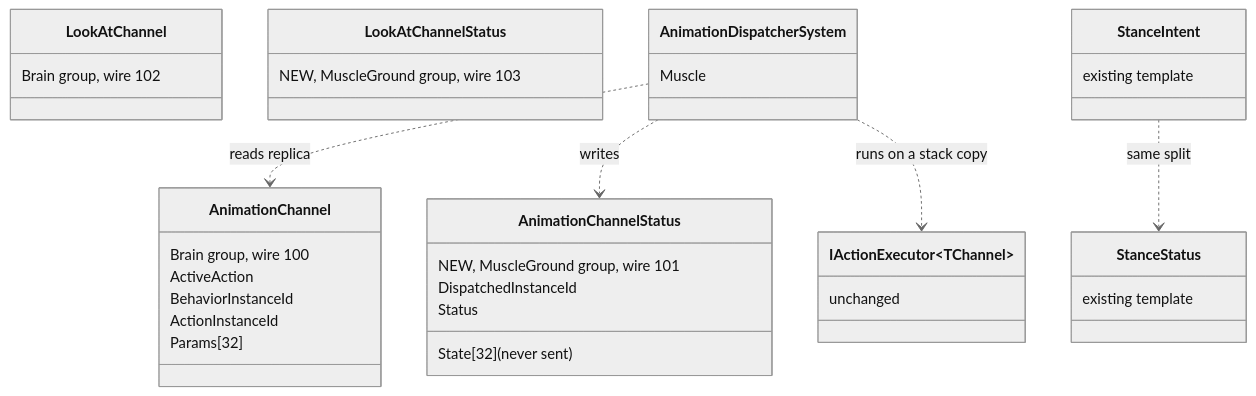
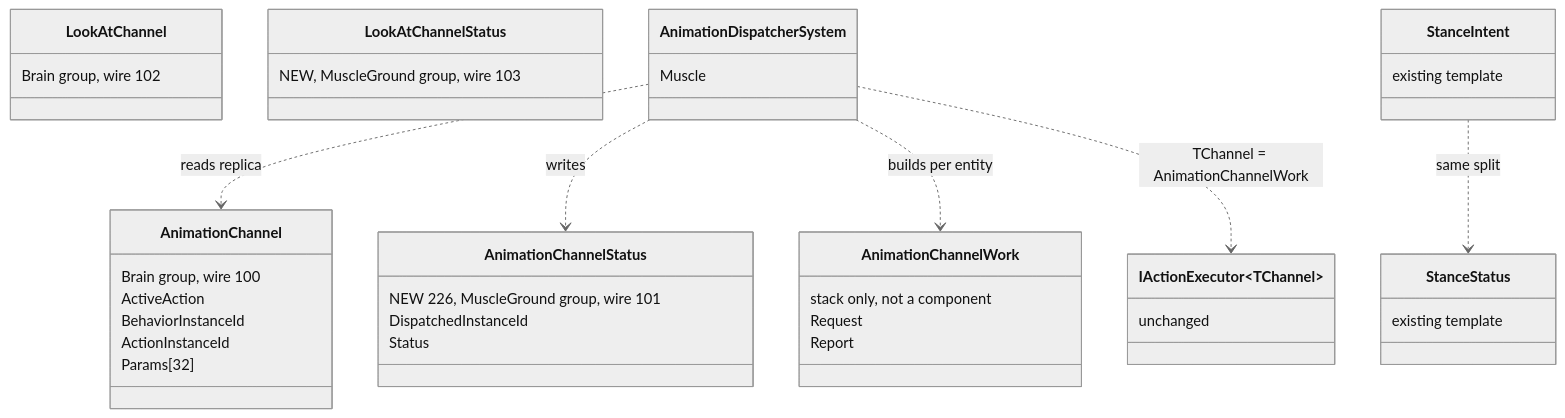
The first of 3 diagrams in docs/blueprints/Architect_Question_80_Animation_Channel_Ownership_Split.md (pjanec/HROT), drawn with Mermaid (neutral theme) before and after one commit. The commit also changed other lines of this file and 37 other files, not shown here.

````diff
--- a/docs/blueprints/Architect_Question_80_Animation_Channel_Ownership_Split.md
+++ b/docs/blueprints/Architect_Question_80_Animation_Channel_Ownership_Split.md
@@ -81,26 +81,31 @@
 ```mermaid
 classDiagram
   class AnimationChannel {
     Brain group, wire 100
     ActiveAction
     BehaviorInstanceId
     ActionInstanceId
     Params[32]
   }
   class AnimationChannelStatus {
-    NEW, MuscleGround group, wire 101
+    NEW 226, MuscleGround group, wire 101
     DispatchedInstanceId
     Status
-    State[32] (never sent)
+  }
+  class AnimationChannelWork {
+    stack only, not a component
+    Request
+    Report
   }
   class LookAtChannel { Brain group, wire 102 }
   class LookAtChannelStatus { NEW, MuscleGround group, wire 103 }
   class AnimationDispatcherSystem { Muscle }
   class IActionExecutor~TChannel~ { unchanged }
   class StanceIntent { existing template }
   class StanceStatus { existing template }
   AnimationDispatcherSystem ..> AnimationChannel : reads replica
   AnimationDispatcherSystem ..> AnimationChannelStatus : writes
-  AnimationDispatcherSystem ..> IActionExecutor~TChannel~ : runs on a stack copy
+  AnimationDispatcherSystem ..> AnimationChannelWork : builds per entity
+  AnimationDispatcherSystem ..> IActionExecutor~TChannel~ : TChannel = AnimationChannelWork
   StanceIntent ..> StanceStatus : same split
 ```
````
